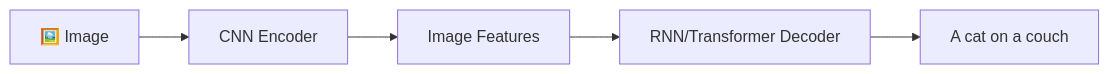
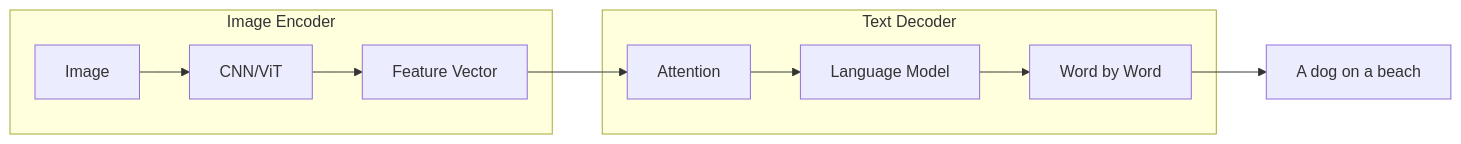
The first of 6 diagrams in ml_system_design/image_caption_generator.md (spawn08/system-design-interview), drawn with Mermaid before and after one commit. The commit also changed other lines of this file and 2 other files, not shown here.

Commit message:
Revise image caption generator documentation to enhance clarity and detail. Update examples, real-world applications, and system design considerations. Improve structure and readability, ensuring comprehensive coverage of key concepts in image captioning systems.

````diff
--- a/ml_system_design/image_caption_generator.md
+++ b/ml_system_design/image_caption_generator.md
@@ -43,7 +63,15 @@
 ```mermaid
 flowchart LR
-    Image[🖼️ Image] --> CNN[CNN Encoder]
-    CNN --> Features[Image Features]
-    Features --> RNN[RNN/Transformer Decoder]
-    RNN --> Caption["A cat on a couch"]
+    subgraph Encoder [Image Encoder]
+        Image[Image] --> CNN[CNN/ViT]
+        CNN --> Features[Feature Vector]
+    end
+    
+    subgraph Decoder [Text Decoder]
+        Features --> Attention[Attention]
+        Attention --> LM[Language Model]
+        LM --> Words[Word by Word]
+    end
+    
+    Words --> Caption[A dog on a beach]
 ```
````
